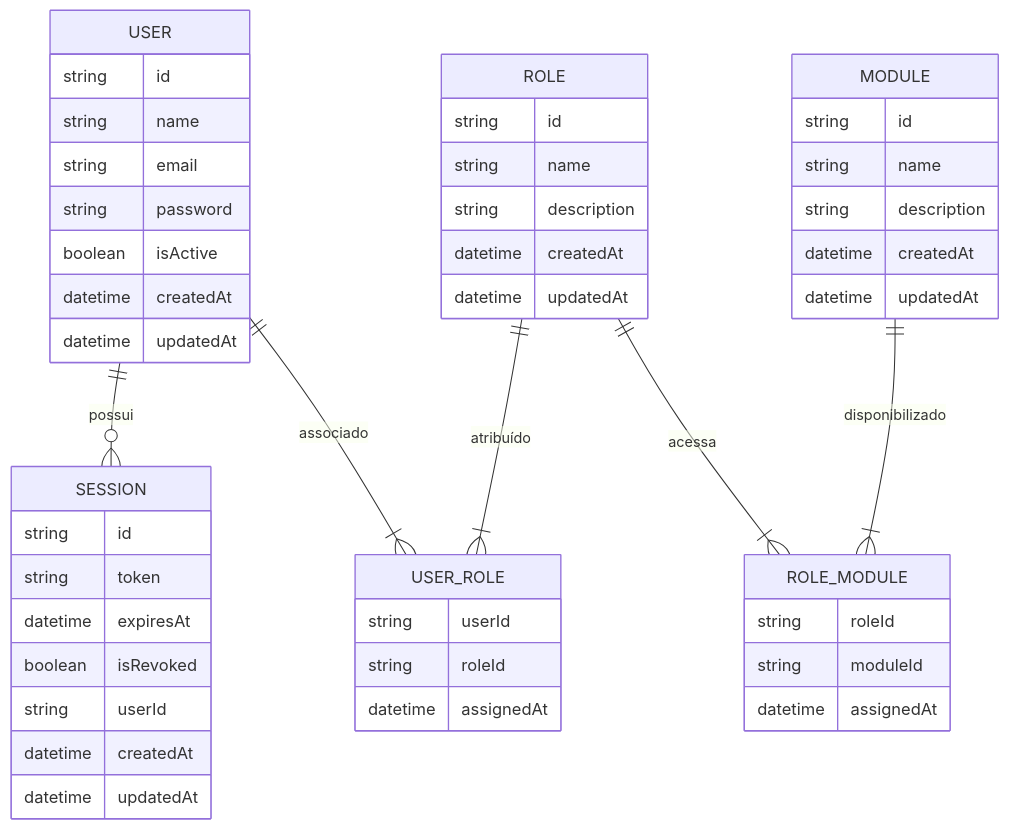
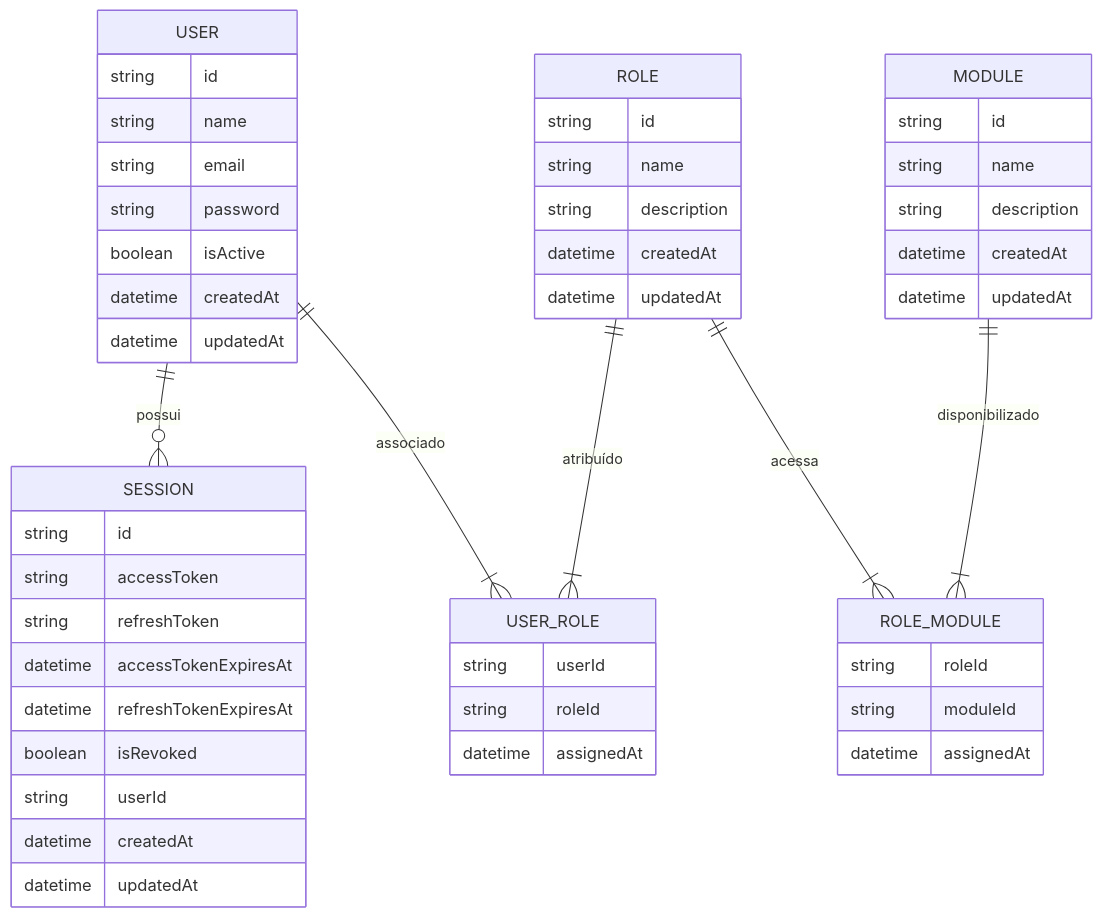
One commit to athaydaooo/ipdv-auth-codetest changed the diagram in backend/README.md. Above: the diagram before and after it, drawn with Mermaid. The commit also changed 2 other files, not shown here.

Commit message:
feat: added migration to refresh token

`````diff
--- a/backend/README.md
+++ b/backend/README.md
@@ -75,56 +75,58 @@
 ```mermaid
 erDiagram
     USER ||--o{ SESSION : possui
     USER ||--|{ USER_ROLE : associado
     ROLE ||--|{ USER_ROLE : atribuído
     ROLE ||--|{ ROLE_MODULE : acessa
     MODULE ||--|{ ROLE_MODULE : disponibilizado
 
     USER {
         string id
         string name
         string email
         string password
         boolean isActive
         datetime createdAt
         datetime updatedAt
     }
 
     ROLE {
         string id
         string name
         string description
         datetime createdAt
         datetime updatedAt
     }
 
     MODULE {
         string id
         string name
         string description
         datetime createdAt
         datetime updatedAt
     }
 
     USER_ROLE {
         string userId
         string roleId
         datetime assignedAt
     }
 
     ROLE_MODULE {
         string roleId
         string moduleId
         datetime assignedAt
     }
 
     SESSION {
         string id
-        string token
-        datetime expiresAt
+        string accessToken
+        string refreshToken
+        datetime accessTokenExpiresAt
+        datetime refreshTokenExpiresAt
         boolean isRevoked
         string userId
         datetime createdAt
         datetime updatedAt
     }
 ````
`````
